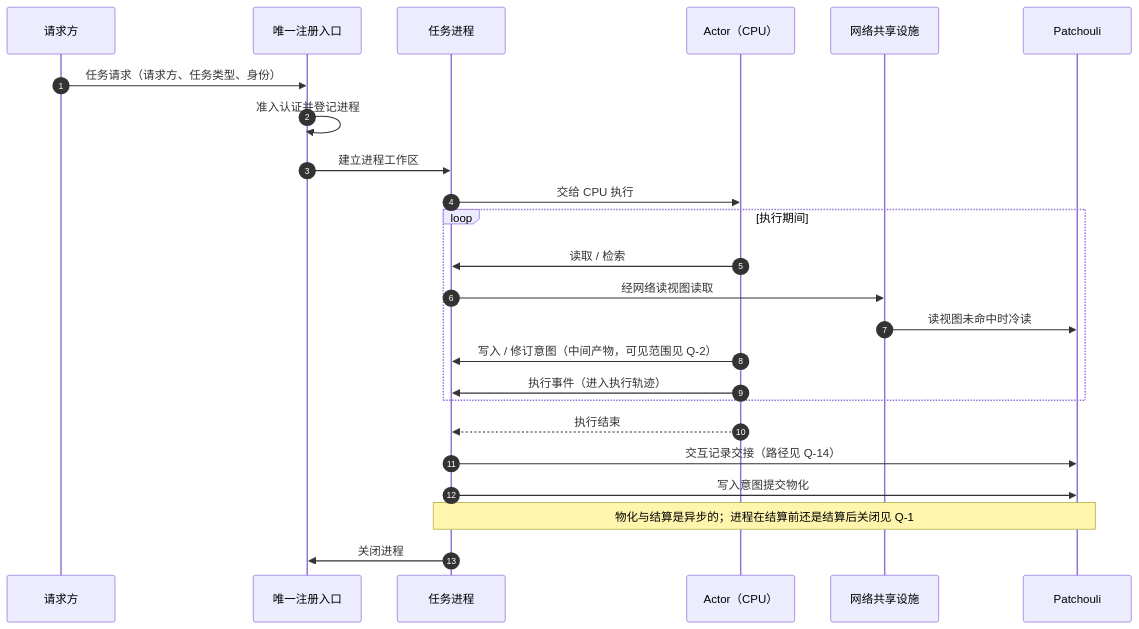
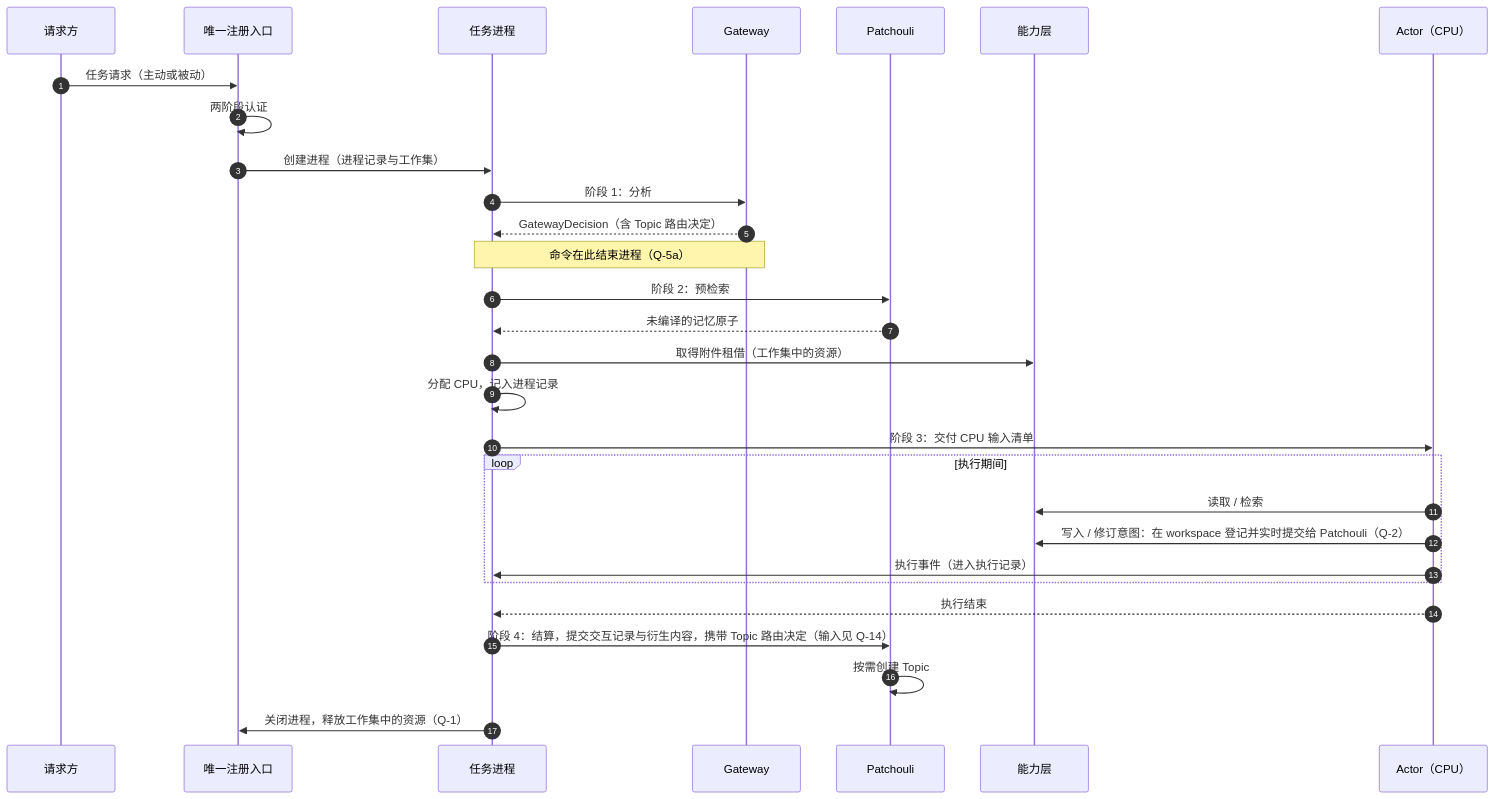
Before and after one commit to artemis03976/HiveMemory: the third of 5 diagrams in docs/ideas/task-process-table-and-registration-entry.md, drawn with Mermaid. The commit also changed other lines of this file and 7 other files, not shown here.

First line of the commit message:
docs:确定任务进程结构、写入意图迁移与 v0.7.0 版本目标

````diff
--- a/docs/ideas/task-process-table-and-registration-entry.md
+++ b/docs/ideas/task-process-table-and-registration-entry.md
@@ -126,26 +216,31 @@
 ```mermaid
 sequenceDiagram
     autonumber
     participant R as 请求方
     participant E as 唯一注册入口
     participant P as 任务进程
+    participant G as Gateway
+    participant L as Patchouli
+    participant S as 能力层
     participant C as Actor（CPU）
-    participant S as 网络共享设施
-    participant L as Patchouli
-    R->>E: 任务请求（请求方、任务类型、身份）
-    E->>E: 准入认证并登记进程
-    E->>P: 建立进程工作区
-    P->>C: 交给 CPU 执行
+    R->>E: 任务请求（主动或被动）
+    E->>E: 两阶段认证
+    E->>P: 创建进程（进程记录与工作集）
+    P->>G: 阶段 1：分析
+    G-->>P: GatewayDecision（含 Topic 路由决定）
+    Note over P,G: 命令在此结束进程（Q-5a）
+    P->>L: 阶段 2：预检索
+    L-->>P: 未编译的记忆原子
+    P->>S: 取得附件租借（工作集中的资源）
+    P->>P: 分配 CPU，记入进程记录
+    P->>C: 阶段 3：交付 CPU 输入清单
     loop 执行期间
-        C->>P: 读取 / 检索
-        P->>S: 经网络读视图读取
-        S->>L: 读视图未命中时冷读
-        C->>P: 写入 / 修订意图（中间产物，可见范围见 Q-2）
-        C->>P: 执行事件（进入执行轨迹）
+        C->>S: 读取 / 检索
+        C->>S: 写入 / 修订意图：在 workspace 登记并实时提交给 Patchouli（Q-2）
+        C->>P: 执行事件（进入执行记录）
     end
     C-->>P: 执行结束
-    P->>L: 交互记录交接（路径见 Q-14）
-    P->>L: 写入意图提交物化
-    Note over P,L: 物化与结算是异步的；进程在结算前还是结算后关闭见 Q-1
-    P->>E: 关闭进程
+    P->>L: 阶段 4：结算，提交交互记录与衍生内容，携带 Topic 路由决定（输入见 Q-14）
+    L->>L: 按需创建 Topic
+    P->>E: 关闭进程，释放工作集中的资源（Q-1）
 ```
````
